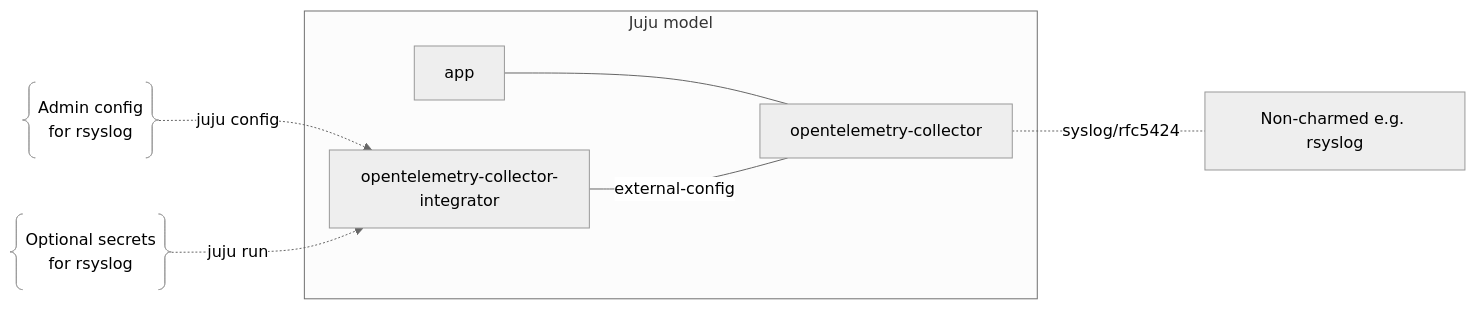
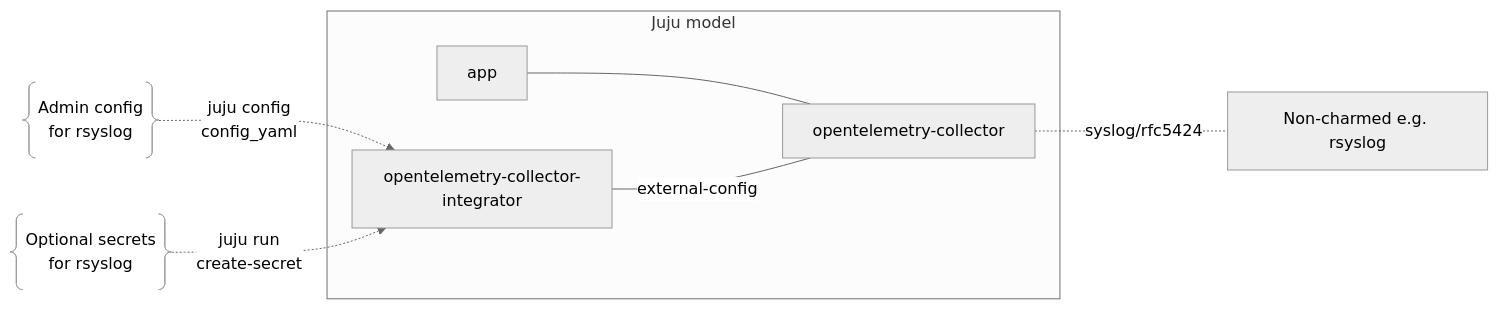
One commit to canonical/observability-stack changed the diagram in docs/how-to/integrate/send-telemetry-to-external-backends.md. Above: the diagram before and after it, drawn with Mermaid (neutral theme).

````diff
--- a/docs/how-to/integrate/send-telemetry-to-external-backends.md
+++ b/docs/how-to/integrate/send-telemetry-to-external-backends.md
@@ -21,13 +21,13 @@
 ```{mermaid}
 graph LR
 
 subgraph Juju model
   app --- opentelemetry-collector
   opentelemetry-collector-integrator ---|"external-config"| opentelemetry-collector
 end
 
 opentelemetry-collector -.-|"syslog/rfc5424"| non-charmed[Non-charmed e.g. rsyslog]
 
-juju-config@{ shape: braces, label: "Admin config<br> for rsyslog" } -.->|juju config| opentelemetry-collector-integrator
-juju-action@{ shape: braces, label: "Optional secrets<br> for rsyslog" } -.->|juju run| opentelemetry-collector-integrator
+juju-config@{ shape: braces, label: "Admin config<br> for rsyslog" } -.->|juju config\nconfig_yaml| opentelemetry-collector-integrator
+juju-action@{ shape: braces, label: "Optional secrets<br> for rsyslog" } -.->|juju run\ncreate-secret| opentelemetry-collector-integrator
 ```
````
